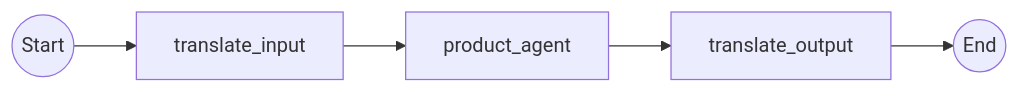
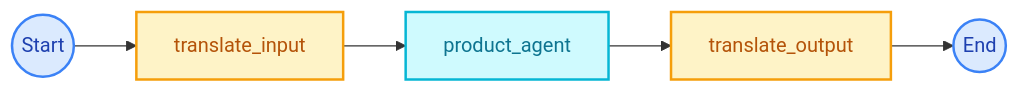
One commit to mhokchuekchuek/mtl_agent changed the diagram in docs/assets/diagrams/guides/guides_data-science_1.mmd. Above: the diagram before and after it, drawn with Mermaid. The commit also changed 10 other files, not shown here.

Commit message:
docs: update mermaid diagram files

```diff
--- a/docs/assets/diagrams/guides/guides_data-science_1.mmd
+++ b/docs/assets/diagrams/guides/guides_data-science_1.mmd
@@ -1,5 +1,13 @@
 flowchart LR
     START((Start)) --> translate_input
     translate_input --> product_agent
     product_agent --> translate_output
     translate_output --> END((End))
+
+    classDef endpoint fill:#dbeafe,stroke:#3b82f6,stroke-width:2px,color:#1e40af
+    classDef translate fill:#fef3c7,stroke:#f59e0b,stroke-width:2px,color:#b45309
+    classDef agent fill:#cffafe,stroke:#06b6d4,stroke-width:2px,color:#0e7490
+
+    class START,END endpoint
+    class translate_input,translate_output translate
+    class product_agent agent
```
